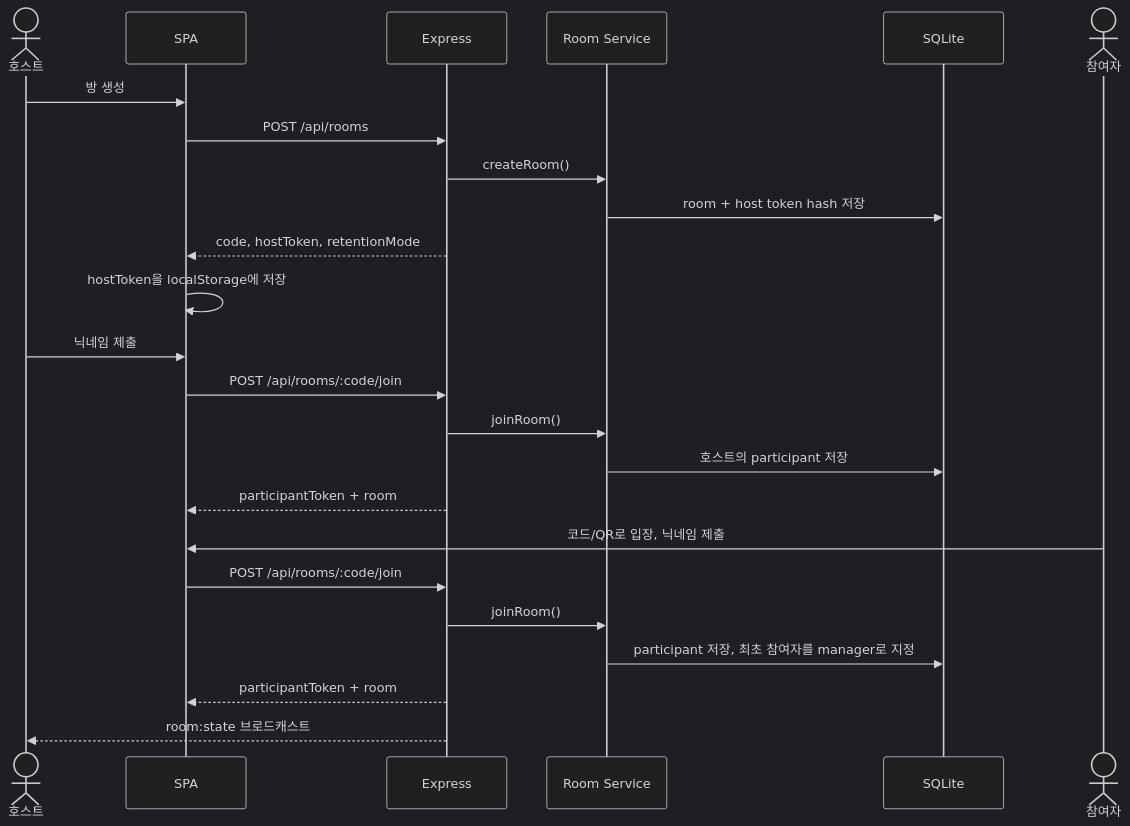
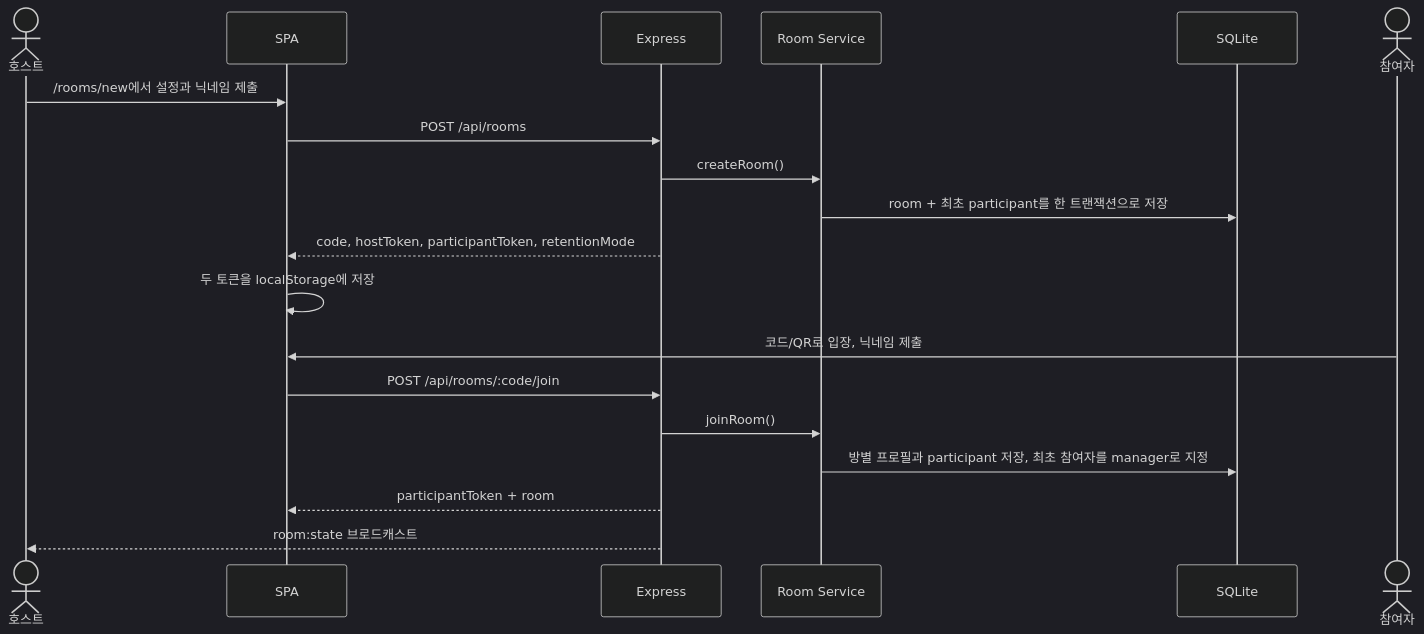
One commit to whitekw/jukebox changed the fourth of 7 diagrams in docs/ARCHITECTURE.md. Above: the diagram before and after it, drawn with Mermaid (dark theme). The commit also changed other lines of this file and 19 other files, not shown here.

````diff
--- a/docs/ARCHITECTURE.md
+++ b/docs/ARCHITECTURE.md
@@ -163,28 +167,23 @@
 ```mermaid
 sequenceDiagram
     actor Host as 호스트
     participant FE as SPA
     participant API as Express
     participant RS as Room Service
     participant DB as SQLite
     actor Guest as 참여자
 
-    Host->>FE: 방 생성
+    Host->>FE: /rooms/new에서 설정과 닉네임 제출
     FE->>API: POST /api/rooms
     API->>RS: createRoom()
-    RS->>DB: room + host token hash 저장
-    API-->>FE: code, hostToken, retentionMode
-    FE->>FE: hostToken을 localStorage에 저장
-    Host->>FE: 닉네임 제출
-    FE->>API: POST /api/rooms/:code/join
-    API->>RS: joinRoom()
-    RS->>DB: 호스트의 participant 저장
-    API-->>FE: participantToken + room
+    RS->>DB: room + 최초 participant를 한 트랜잭션으로 저장
+    API-->>FE: code, hostToken, participantToken, retentionMode
+    FE->>FE: 두 토큰을 localStorage에 저장
 
     Guest->>FE: 코드/QR로 입장, 닉네임 제출
     FE->>API: POST /api/rooms/:code/join
     API->>RS: joinRoom()
-    RS->>DB: participant 저장, 최초 참여자를 manager로 지정
+    RS->>DB: 방별 프로필과 participant 저장, 최초 참여자를 manager로 지정
     API-->>FE: participantToken + room
     API-->>Host: room:state 브로드캐스트
 ```
````
